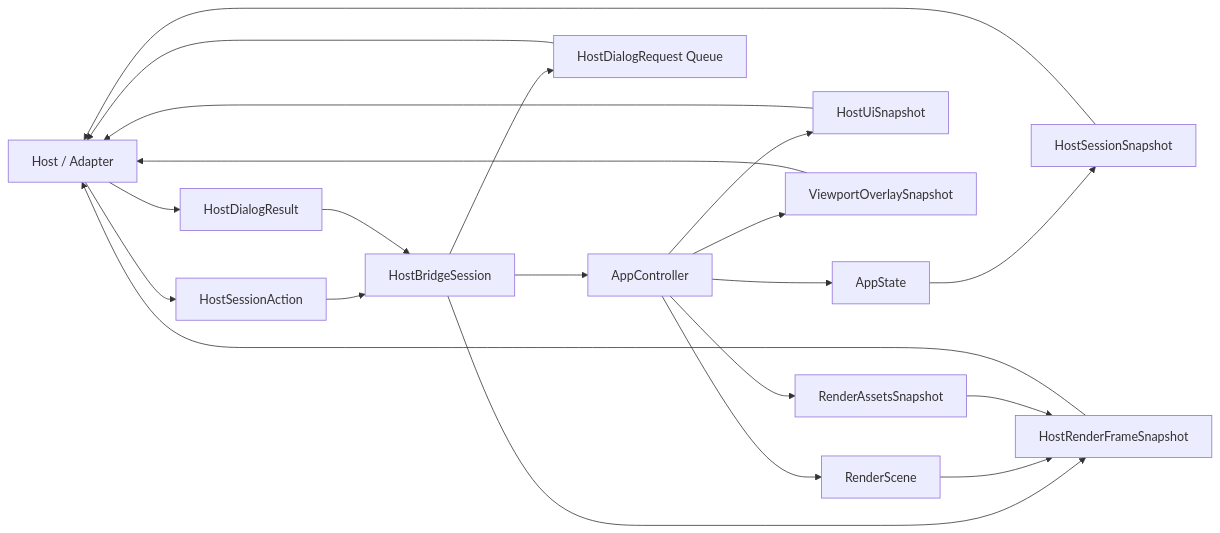
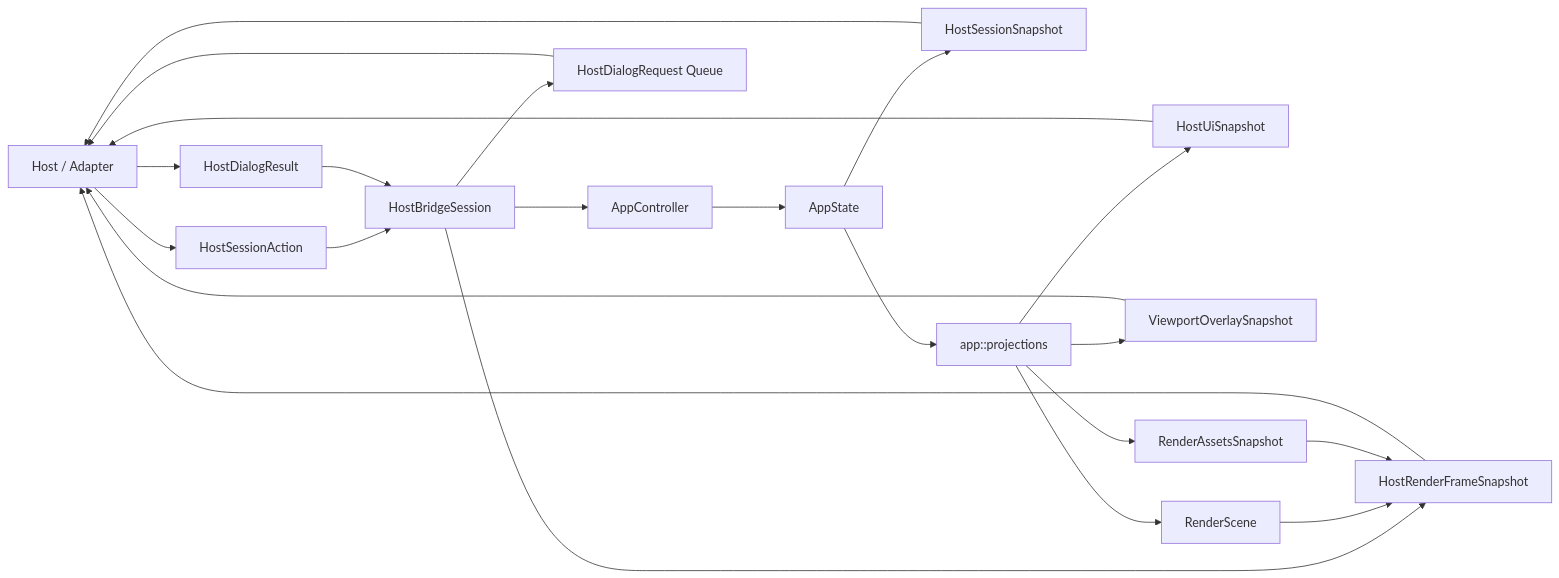
Before and after one commit to mro68/fs25_ad_editor: the diagram in crates/fs25_auto_drive_host_bridge/API.md, drawn with Mermaid. The commit also changed other lines of this file and 8 other files, not shown here.

````diff
--- a/crates/fs25_auto_drive_host_bridge/API.md
+++ b/crates/fs25_auto_drive_host_bridge/API.md
@@ -153,23 +155,24 @@
 ```mermaid
 flowchart LR
 	HOST[Host / Adapter] --> ACTION[HostSessionAction]
 	ACTION --> SESSION[HostBridgeSession]
 	SESSION --> CTRL[AppController]
 	CTRL --> STATE[AppState]
 	STATE --> SNAP[HostSessionSnapshot]
-	CTRL --> HOSTUI[HostUiSnapshot]
-	CTRL --> OVERLAY[ViewportOverlaySnapshot]
-	CTRL --> SCENE[RenderScene]
-	CTRL --> ASSETS[RenderAssetsSnapshot]
+	STATE --> PROJ[app::projections]
+	PROJ --> HOSTUI[HostUiSnapshot]
+	PROJ --> OVERLAY[ViewportOverlaySnapshot]
+	PROJ --> SCENE[RenderScene]
+	PROJ --> ASSETS[RenderAssetsSnapshot]
 	SESSION --> FRAME[HostRenderFrameSnapshot]
 	SCENE --> FRAME
 	ASSETS --> FRAME
 	SESSION --> DIALOGS[HostDialogRequest Queue]
 	HOST --> RESULT[HostDialogResult]
 	RESULT --> SESSION
 	SNAP --> HOST
 	HOSTUI --> HOST
 	OVERLAY --> HOST
 	FRAME --> HOST
 	DIALOGS --> HOST
 ```
````
